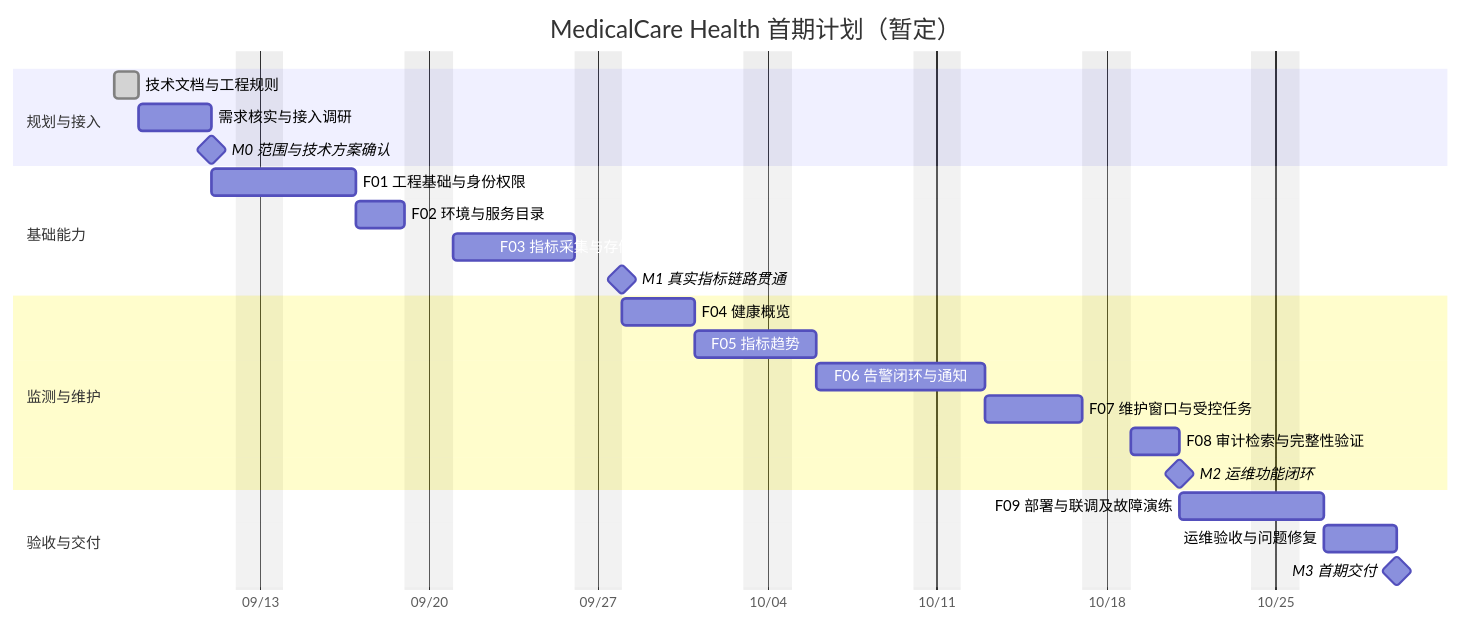
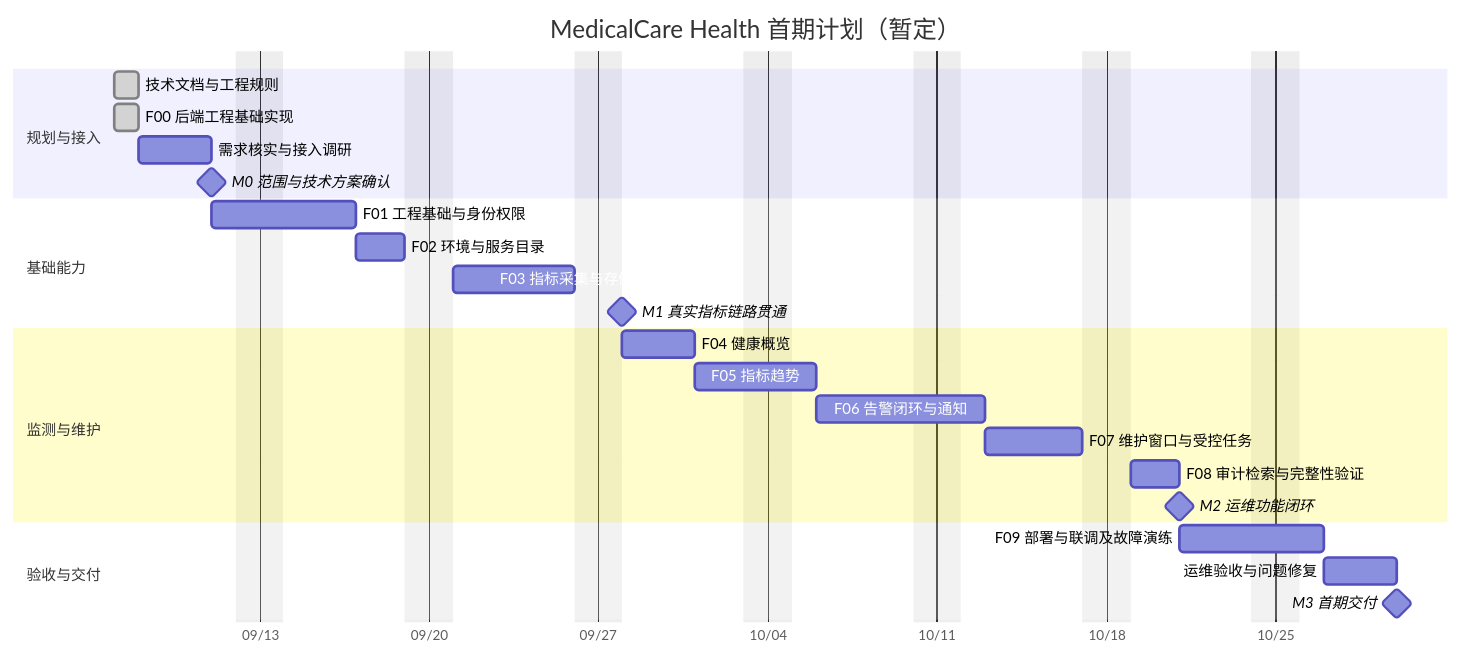
The diagram in docs/project-plan.md (lafie-s/MedicalCare_Health), drawn with Mermaid before and after one commit. The commit also changed other lines of this file and 13 other files, not shown here.

````diff
--- a/docs/project-plan.md
+++ b/docs/project-plan.md
@@ -13,27 +13,28 @@
 ```mermaid
 gantt
     title MedicalCare Health 首期计划（暂定）
     dateFormat YYYY-MM-DD
     axisFormat %m/%d
     excludes weekends
     section 规划与接入
     技术文档与工程规则              :done, docs, 2026-09-07, 1d
+    F00 后端工程基础实现           :done, f00, 2026-09-07, 1d
     需求核实与接入调研              :a0, 2026-09-08, 3d
     M0 范围与技术方案确认           :milestone, m0, after a0, 0d
     section 基础能力
     F01 工程基础与身份权限          :a1, after m0, 4d
     F02 环境与服务目录              :a2, after a1, 2d
     F03 指标采集与存储接入          :a3, after a2, 5d
     M1 真实指标链路贯通             :milestone, m1, after a3, 0d
     section 监测与维护
     F04 健康概览                   :a4, after m1, 3d
     F05 指标趋势                   :a5, after a4, 3d
     F06 告警闭环与通知              :a6, after a5, 5d
     F07 维护窗口与受控任务          :a7, after a6, 4d
     F08 审计检索与完整性验证        :a8, after a7, 2d
     M2 运维功能闭环                :milestone, m2, after a8, 0d
     section 验收与交付
     F09 部署与联调及故障演练        :a9, after m2, 4d
     运维验收与问题修复              :a10, after a9, 3d
     M3 首期交付                    :milestone, m3, after a10, 0d
 ```
````
